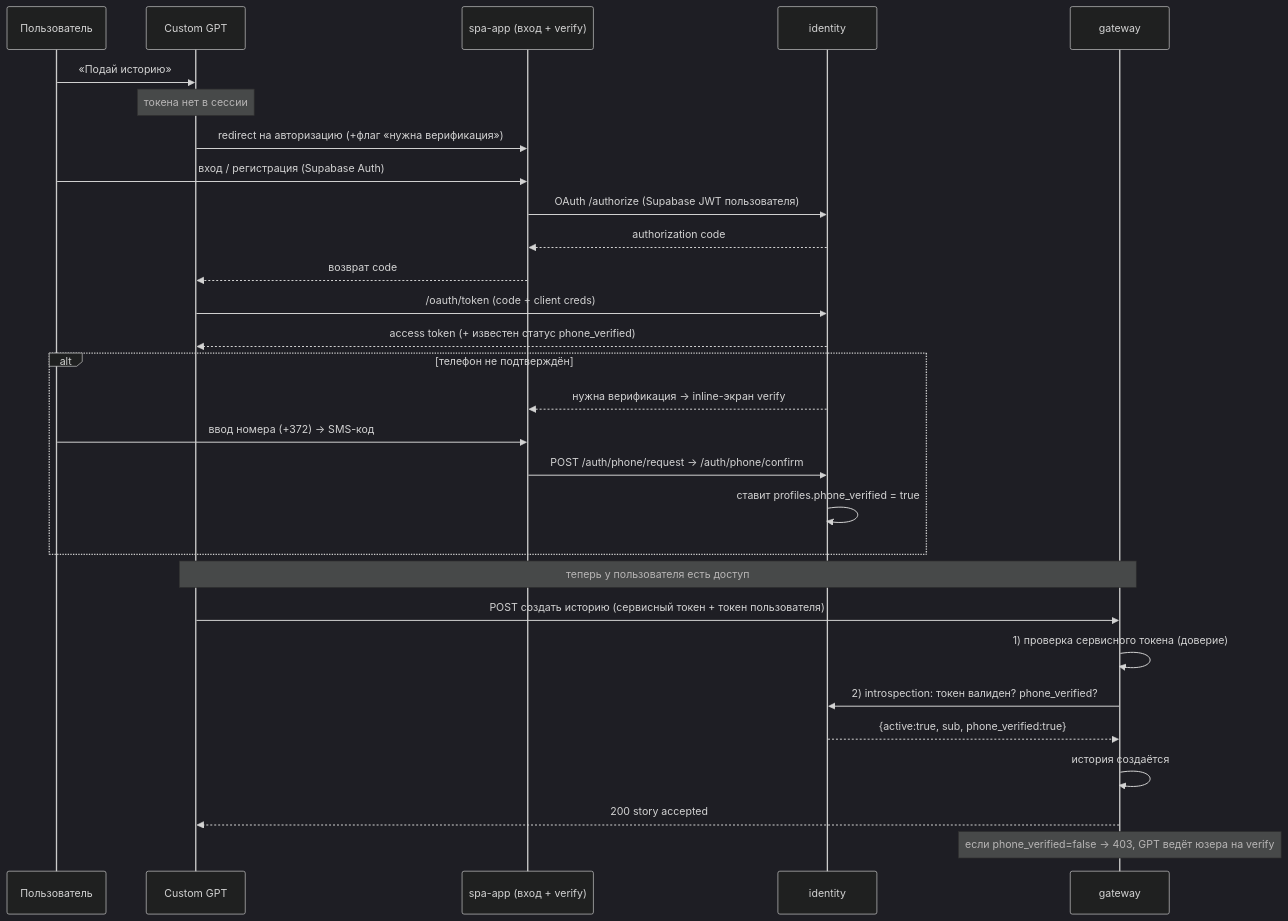
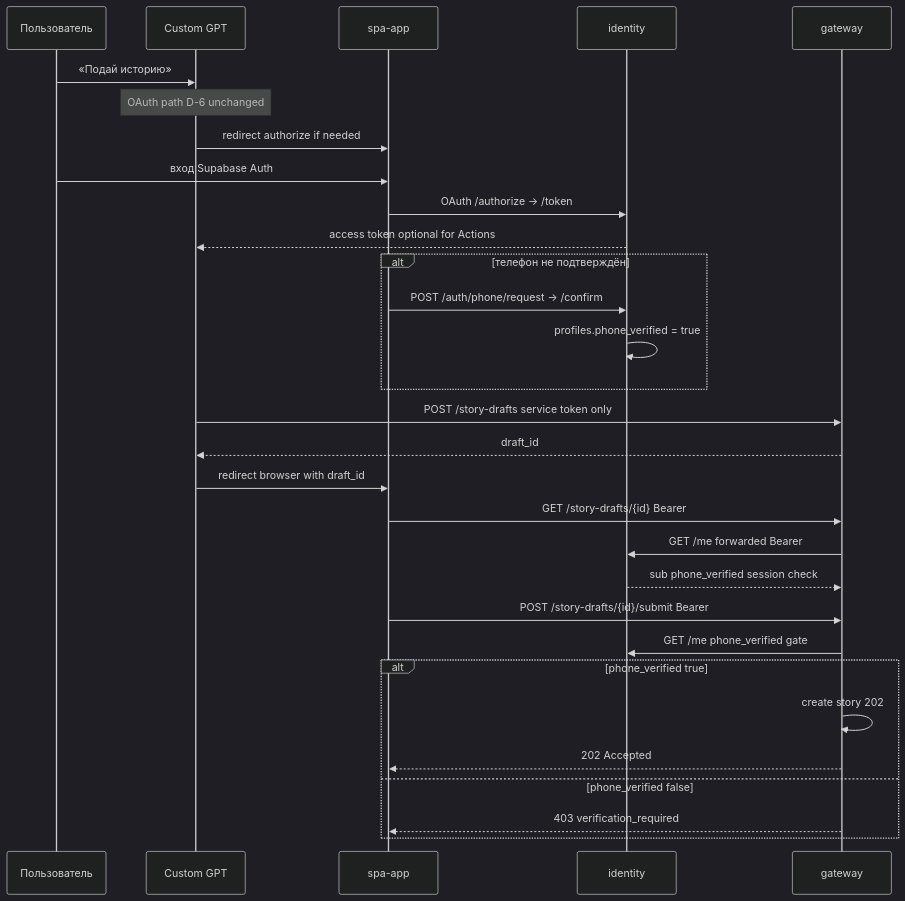
Before and after one commit to DOGE-Complaints/doge-identity-service: the diagram in docs/runtime-docs/04-security.md, drawn with Mermaid (dark theme). The commit also changed other lines of this file and 1 other file, not shown here.

First line of the commit message:
docs(ids-doc-draft-05): sync runtime-docs with browser-submit canon

````diff
--- a/docs/runtime-docs/04-security.md
+++ b/docs/runtime-docs/04-security.md
@@ -33,34 +35,37 @@
 ```mermaid
 sequenceDiagram
     participant U as Пользователь
     participant GPT as Custom GPT
-    participant UI as spa-app (вход + verify)
+    participant UI as spa-app
     participant ID as identity
     participant GW as gateway
 
     U->>GPT: «Подай историю»
-    Note over GPT: токена нет в сессии
-    GPT->>UI: redirect на авторизацию (+флаг «нужна верификация»)
-    U->>UI: вход / регистрация (Supabase Auth)
-    UI->>ID: OAuth /authorize (Supabase JWT пользователя)
-    ID-->>UI: authorization code
-    UI-->>GPT: возврат code
-    GPT->>ID: /oauth/token (code + client creds)
-    ID-->>GPT: access token (+ известен статус phone_verified)
+    Note over GPT: OAuth path D-6 unchanged
+    GPT->>UI: redirect authorize if needed
+    U->>UI: вход Supabase Auth
+    UI->>ID: OAuth /authorize → /token
+    ID-->>GPT: access token optional for Actions
 
     alt телефон не подтверждён
-        ID-->>UI: нужна верификация → inline-экран verify
-        U->>UI: ввод номера (+372) → SMS-код
-        UI->>ID: POST /auth/phone/request → /auth/phone/confirm
-        ID->>ID: ставит profiles.phone_verified = true
+        UI->>ID: POST /auth/phone/request → /confirm
+        ID->>ID: profiles.phone_verified = true
     end
 
-    Note over GPT,GW: теперь у пользователя есть доступ
-    GPT->>GW: POST создать историю (сервисный токен + токен пользователя)
-    GW->>GW: 1) проверка сервисного токена (доверие)
-    GW->>ID: 2) introspection: токен валиден? phone_verified?
-    ID-->>GW: {active:true, sub, phone_verified:true}
-    GW->>GW: история создаётся
-    GW-->>GPT: 200 story accepted
-    Note over GW: если phone_verified=false → 403, GPT ведёт юзера на verify
+    GPT->>GW: POST /story-drafts service token only
+    GW-->>GPT: draft_id
+    GPT->>UI: redirect browser with draft_id
+
+    UI->>GW: GET /story-drafts/{id} Bearer
+    GW->>ID: GET /me forwarded Bearer
+    ID-->>GW: sub phone_verified session check
+
+    UI->>GW: POST /story-drafts/{id}/submit Bearer
+    GW->>ID: GET /me phone_verified gate
+    alt phone_verified true
+        GW->>GW: create story 202
+        GW-->>UI: 202 Accepted
+    else phone_verified false
+        GW-->>UI: 403 verification_required
+    end
 ```
````
